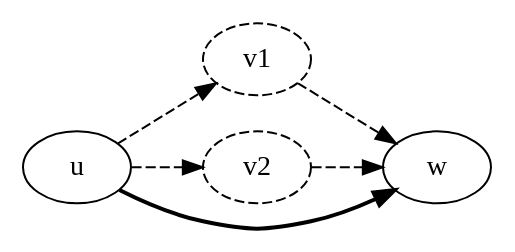
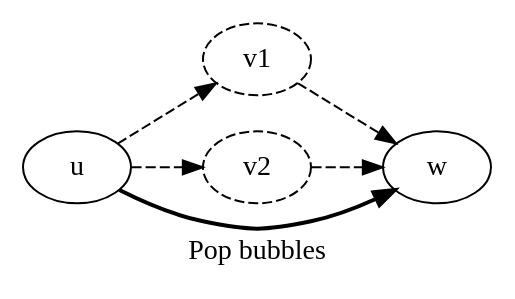
Before and after one commit to sjackman/abyss-scaffold-paper: the diagram in bubble.dot, drawn with Graphviz. The commit also changed 7 other files, not shown here.

Commit message:
Create a montage of the graph patterns

```diff
--- a/bubble.dot
+++ b/bubble.dot
@@ -1,8 +1,9 @@
 digraph "bubble" {
+label = "Pop bubbles"
 graph [rankdir="LR"]
 v1 [style="dashed"]
 v2 [style="dashed"]
 u -> v1 -> w [style="dashed"]
 u -> v2 -> w [style="dashed"]
 u -> w [style="bold"]
 }
```
